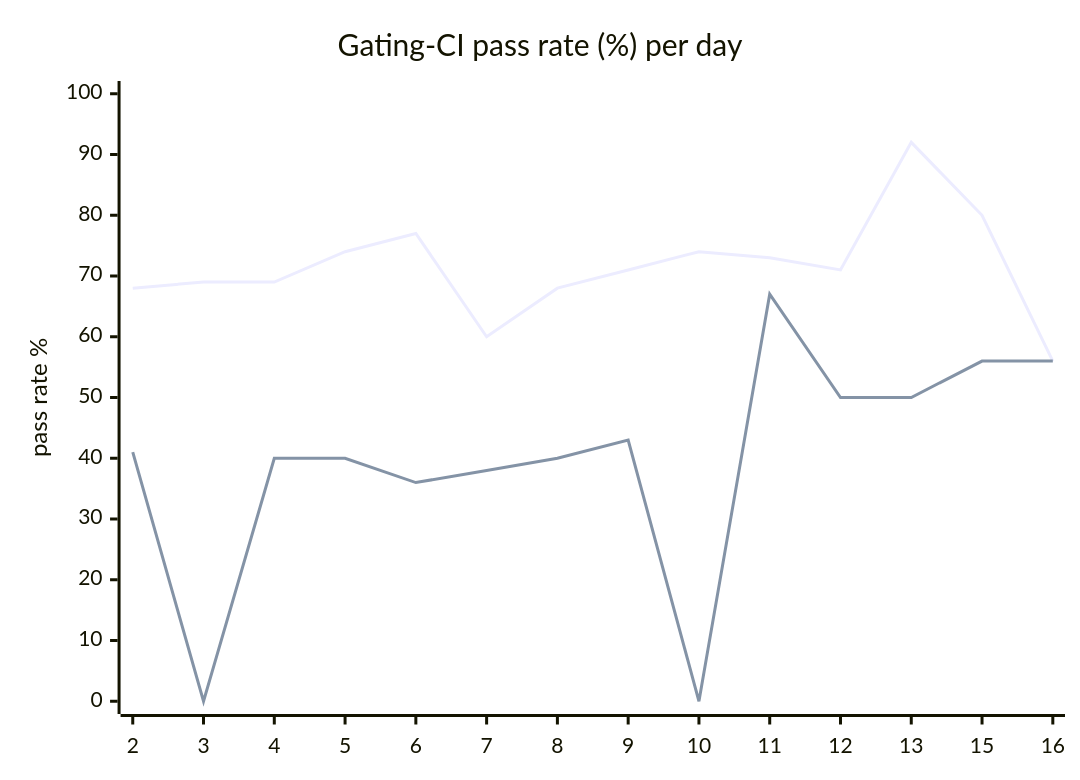
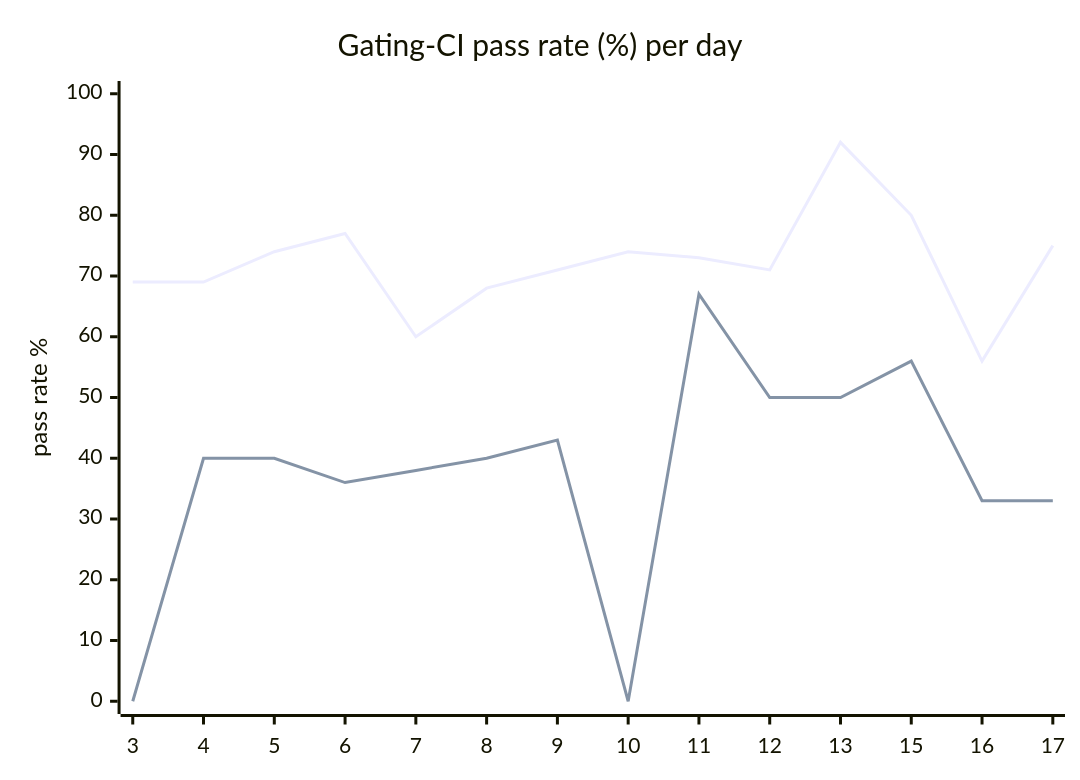
One commit to hatchet-dev/hatchet changed the diagram in hack/ci/ci-dashboard/staging/issue.md. Above: the diagram before and after it, drawn with Mermaid. The commit also changed other lines of this file, not shown here.

````diff
--- a/hack/ci/ci-dashboard/staging/issue.md
+++ b/hack/ci/ci-dashboard/staging/issue.md
@@ -9,8 +9,8 @@
 ```mermaid
 xychart-beta
   title "Gating-CI pass rate (%) per day"
-  x-axis [2, 3, 4, 5, 6, 7, 8, 9, 10, 11, 12, 13, 15, 16]
+  x-axis [3, 4, 5, 6, 7, 8, 9, 10, 11, 12, 13, 15, 16, 17]
   y-axis "pass rate %" 0 --> 100
-  line "CI" [68, 69, 69, 74, 77, 60, 68, 71, 74, 73, 71, 92, 80, 56]
-  line "main" [41, 0, 40, 40, 36, 38, 40, 43, 0, 67, 50, 50, 56, 56]
+  line "CI" [69, 69, 74, 77, 60, 68, 71, 74, 73, 71, 92, 80, 56, 75]
+  line "main" [0, 40, 40, 36, 38, 40, 43, 0, 67, 50, 50, 56, 33, 33]
 ```
````
